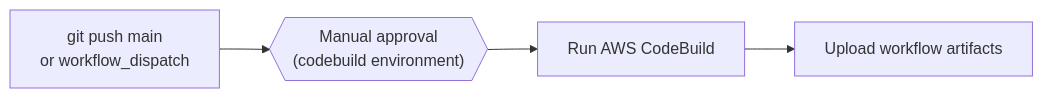
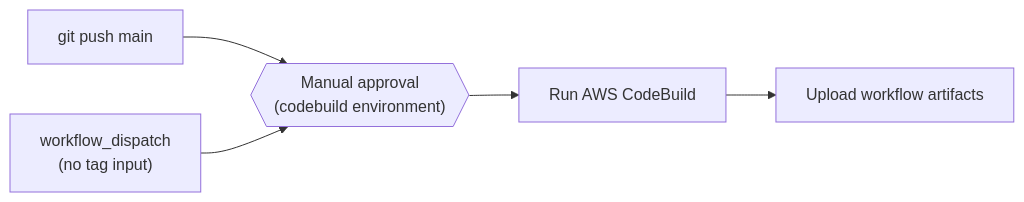
One commit to scottschreckengaust/aidlc-workflows changed the second of 2 diagrams in docs/ADMINISTRATIVE_GUIDE.md. Above: the diagram before and after it, drawn with Mermaid. The commit also changed other lines of this file, not shown here.

First line of the commit message:
feat: add workflow_dispatch tag input and mermaid diagrams

````diff
--- a/docs/ADMINISTRATIVE_GUIDE.md
+++ b/docs/ADMINISTRATIVE_GUIDE.md
@@ -102,6 +108,7 @@
 ```mermaid
 flowchart LR
-    A["git push main\nor workflow_dispatch"] --> B{{"Manual approval\n(codebuild environment)"}}
-    B --> C["Run AWS CodeBuild"]
-    C --> D["Upload workflow artifacts"]
+    A["git push main"] --> B{{"Manual approval\n(codebuild environment)"}}
+    C["workflow_dispatch\n(no tag input)"] --> B
+    B --> D["Run AWS CodeBuild"]
+    D --> E["Upload workflow artifacts"]
 ```
````
